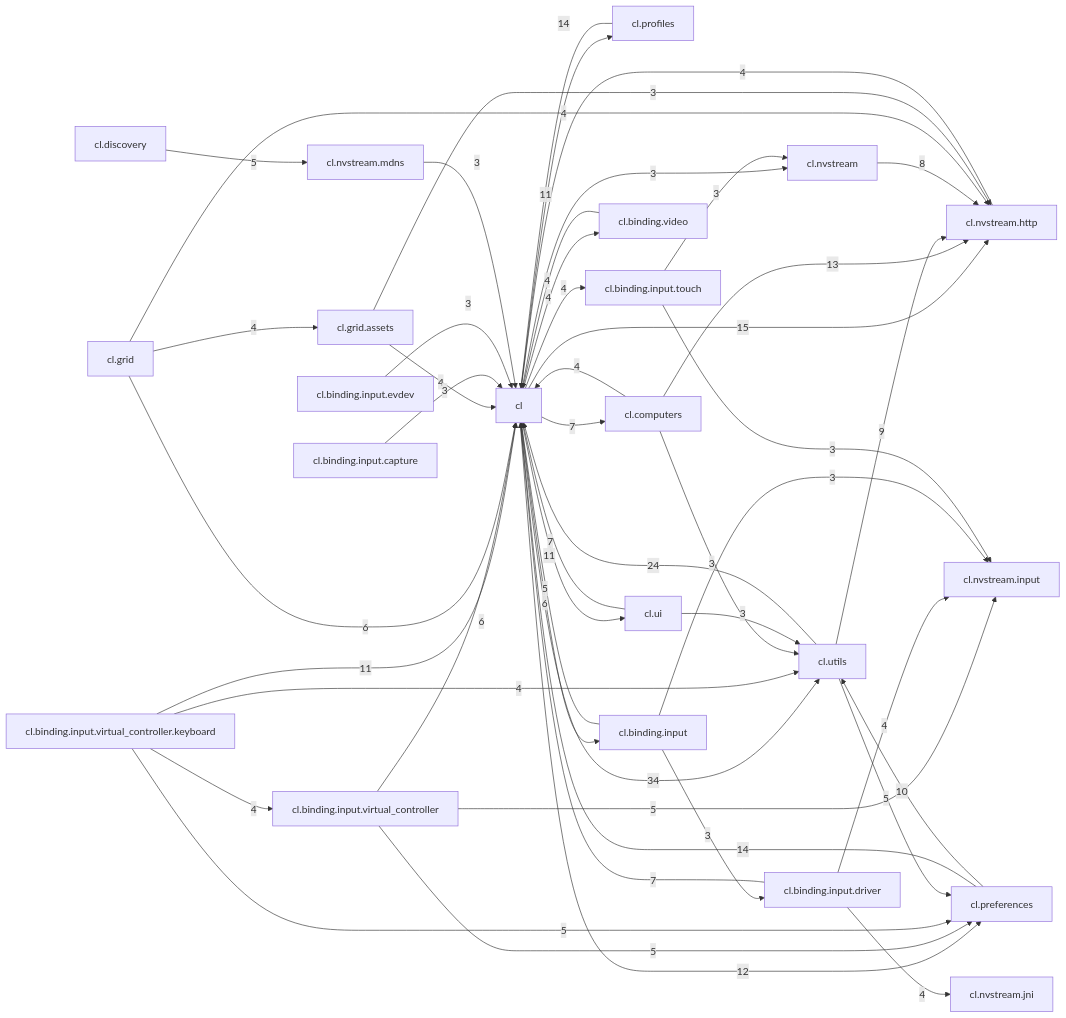
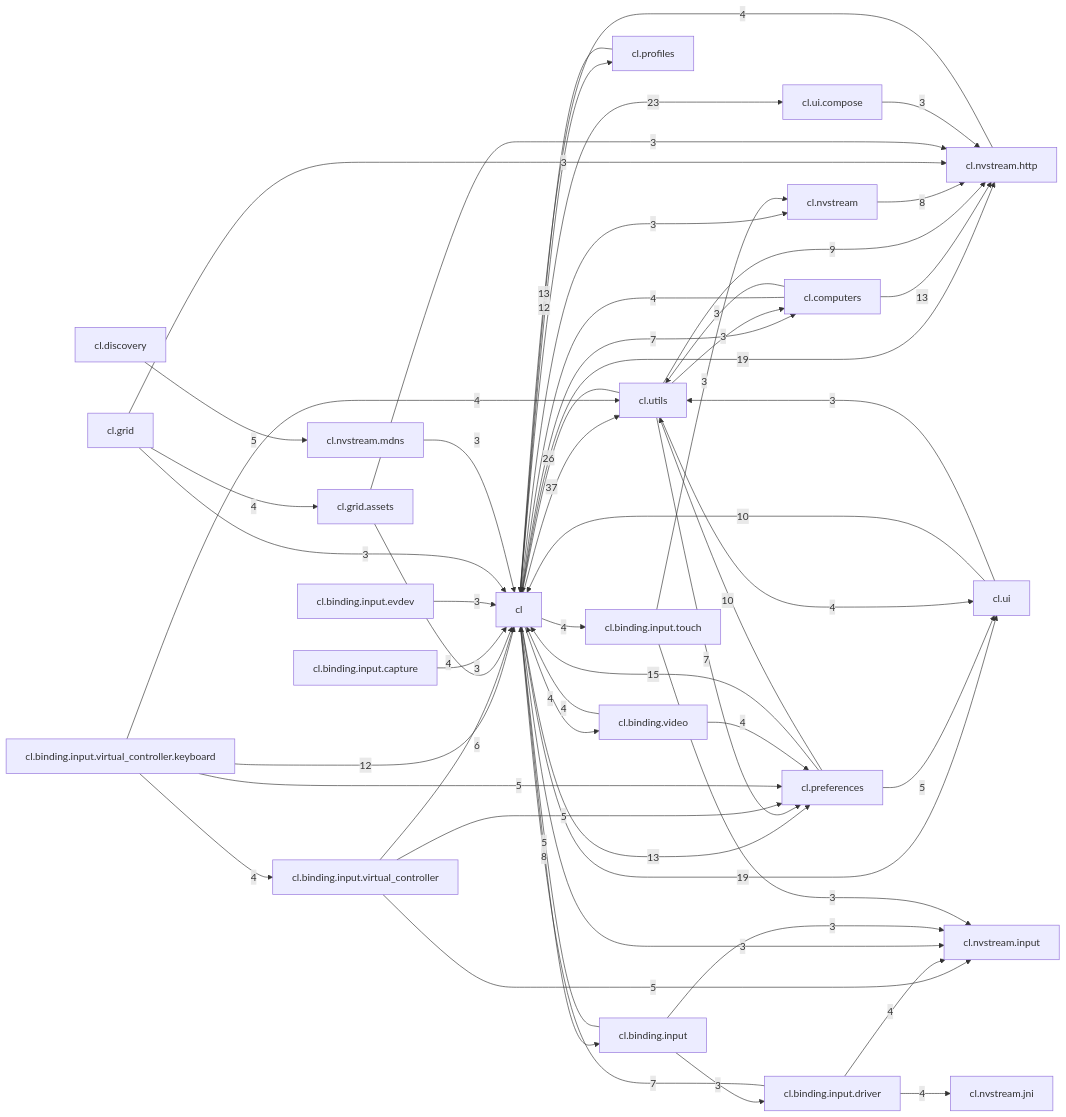
The diagram in docs/maps/DEPENDENCY_GRAPH.md (Rafael-CN/vibe-artemis), drawn with Mermaid before and after one commit. The commit also changed other lines of this file and 262 other files, not shown here.

````diff
--- a/docs/maps/DEPENDENCY_GRAPH.md
+++ b/docs/maps/DEPENDENCY_GRAPH.md
@@ -46,51 +47,58 @@
 ```mermaid
 graph LR
-  cl["cl"] -->|34| cl_utils["cl.utils"]
-  cl_utils["cl.utils"] -->|24| cl["cl"]
-  cl["cl"] -->|15| cl_nvstream_http["cl.nvstream.http"]
-  cl_preferences["cl.preferences"] -->|14| cl["cl"]
-  cl_profiles["cl.profiles"] -->|14| cl["cl"]
+  cl["cl"] -->|37| cl_utils["cl.utils"]
+  cl_utils["cl.utils"] -->|26| cl["cl"]
+  cl["cl"] -->|23| cl_ui_compose["cl.ui.compose"]
+  cl["cl"] -->|19| cl_ui["cl.ui"]
+  cl["cl"] -->|19| cl_nvstream_http["cl.nvstream.http"]
+  cl_preferences["cl.preferences"] -->|15| cl["cl"]
+  cl["cl"] -->|13| cl_preferences["cl.preferences"]
   cl_computers["cl.computers"] -->|13| cl_nvstream_http["cl.nvstream.http"]
-  cl["cl"] -->|12| cl_preferences["cl.preferences"]
-  cl["cl"] -->|11| cl_profiles["cl.profiles"]
-  cl["cl"] -->|11| cl_ui["cl.ui"]
-  cl_binding_input_virtual_controller_keyboard["cl.binding.input.virtual_controller.keyboard"] -->|11| cl["cl"]
+  cl_profiles["cl.profiles"] -->|13| cl["cl"]
+  cl["cl"] -->|12| cl_profiles["cl.profiles"]
+  cl_binding_input_virtual_controller_keyboard["cl.binding.input.virtual_controller.keyboard"] -->|12| cl["cl"]
   cl_preferences["cl.preferences"] -->|10| cl_utils["cl.utils"]
+  cl_ui["cl.ui"] -->|10| cl["cl"]
   cl_utils["cl.utils"] -->|9| cl_nvstream_http["cl.nvstream.http"]
+  cl["cl"] -->|8| cl_binding_input["cl.binding.input"]
   cl_nvstream["cl.nvstream"] -->|8| cl_nvstream_http["cl.nvstream.http"]
   cl["cl"] -->|7| cl_computers["cl.computers"]
   cl_binding_input_driver["cl.binding.input.driver"] -->|7| cl["cl"]
-  cl_ui["cl.ui"] -->|7| cl["cl"]
-  cl["cl"] -->|6| cl_binding_input["cl.binding.input"]
+  cl_utils["cl.utils"] -->|7| cl_preferences["cl.preferences"]
   cl_binding_input_virtual_controller["cl.binding.input.virtual_controller"] -->|6| cl["cl"]
-  cl_grid["cl.grid"] -->|6| cl["cl"]
   cl_binding_input["cl.binding.input"] -->|5| cl["cl"]
   cl_binding_input_virtual_controller["cl.binding.input.virtual_controller"] -->|5| cl_preferences["cl.preferences"]
   cl_binding_input_virtual_controller["cl.binding.input.virtual_controller"] -->|5| cl_nvstream_input["cl.nvstream.input"]
   cl_binding_input_virtual_controller_keyboard["cl.binding.input.virtual_controller.keyboard"] -->|5| cl_preferences["cl.preferences"]
   cl_discovery["cl.discovery"] -->|5| cl_nvstream_mdns["cl.nvstream.mdns"]
-  cl_utils["cl.utils"] -->|5| cl_preferences["cl.preferences"]
+  cl_preferences["cl.preferences"] -->|5| cl_ui["cl.ui"]
   cl["cl"] -->|4| cl_binding_input_touch["cl.binding.input.touch"]
   cl["cl"] -->|4| cl_binding_video["cl.binding.video"]
   cl_binding_input_driver["cl.binding.input.driver"] -->|4| cl_nvstream_jni["cl.nvstream.jni"]
   cl_binding_input_driver["cl.binding.input.driver"] -->|4| cl_nvstream_input["cl.nvstream.input"]
   cl_binding_input_virtual_controller_keyboard["cl.binding.input.virtual_controller.keyboard"] -->|4| cl_binding_input_virtual_controller["cl.binding.input.virtual_controller"]
   cl_binding_input_virtual_controller_keyboard["cl.binding.input.virtual_controller.keyboard"] -->|4| cl_utils["cl.utils"]
+  cl_binding_video["cl.binding.video"] -->|4| cl_preferences["cl.preferences"]
   cl_binding_video["cl.binding.video"] -->|4| cl["cl"]
   cl_computers["cl.computers"] -->|4| cl["cl"]
-  cl_grid["cl.grid"] -->|4| cl_nvstream_http["cl.nvstream.http"]
   cl_grid["cl.grid"] -->|4| cl_grid_assets["cl.grid.assets"]
   cl_grid_assets["cl.grid.assets"] -->|4| cl["cl"]
   cl_nvstream_http["cl.nvstream.http"] -->|4| cl["cl"]
+  cl_utils["cl.utils"] -->|4| cl_ui["cl.ui"]
   cl["cl"] -->|3| cl_nvstream["cl.nvstream"]
+  cl["cl"] -->|3| cl_nvstream_input["cl.nvstream.input"]
   cl_binding_input["cl.binding.input"] -->|3| cl_binding_input_driver["cl.binding.input.driver"]
   cl_binding_input["cl.binding.input"] -->|3| cl_nvstream_input["cl.nvstream.input"]
   cl_binding_input_capture["cl.binding.input.capture"] -->|3| cl["cl"]
   cl_binding_input_evdev["cl.binding.input.evdev"] -->|3| cl["cl"]
   cl_binding_input_touch["cl.binding.input.touch"] -->|3| cl_nvstream["cl.nvstream"]
   cl_binding_input_touch["cl.binding.input.touch"] -->|3| cl_nvstream_input["cl.nvstream.input"]
   cl_computers["cl.computers"] -->|3| cl_utils["cl.utils"]
+  cl_grid["cl.grid"] -->|3| cl["cl"]
+  cl_grid["cl.grid"] -->|3| cl_nvstream_http["cl.nvstream.http"]
   cl_grid_assets["cl.grid.assets"] -->|3| cl_nvstream_http["cl.nvstream.http"]
   cl_nvstream_mdns["cl.nvstream.mdns"] -->|3| cl["cl"]
   cl_ui["cl.ui"] -->|3| cl_utils["cl.utils"]
+  cl_utils["cl.utils"] -->|3| cl_computers["cl.computers"]
+  cl_ui_compose["cl.ui.compose"] -->|3| cl_nvstream_http["cl.nvstream.http"]
 ```
````
